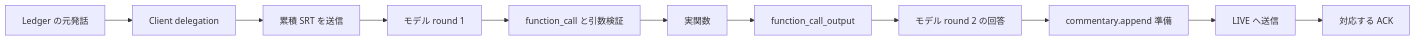
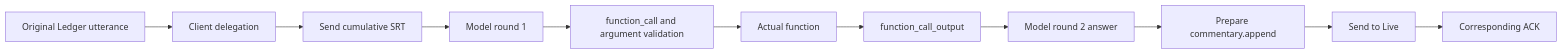
Before and after one commit to nohanaga/gpt-live-transcript-lab: the first of 2 diagrams in docs/usage.md, drawn with Mermaid. The commit also changed other lines of this file and 8 other files, not shown here.

````diff
--- a/docs/usage.md
+++ b/docs/usage.md
@@ -255,13 +193,13 @@
 ```mermaid
 flowchart LR
-   A[Ledger の元発話] --> B[Client delegation]
-   B --> C[累積 SRT を送信]
-   C --> D[モデル round 1]
-   D --> E[function_call と引数検証]
-   E --> F[実関数]
+   A[Original Ledger utterance] --> B[Client delegation]
+   B --> C[Send cumulative SRT]
+   C --> D[Model round 1]
+   D --> E[function_call and argument validation]
+   E --> F[Actual function]
    F --> G[function_call_output]
-   G --> H[モデル round 2 の回答]
-   H --> I[commentary.append 準備]
-   I --> J[LIVE へ送信]
-   J --> K[対応する ACK]
+   G --> H[Model round 2 answer]
+   H --> I[Prepare commentary.append]
+   I --> J[Send to Live]
+   J --> K[Corresponding ACK]
 ```
````
